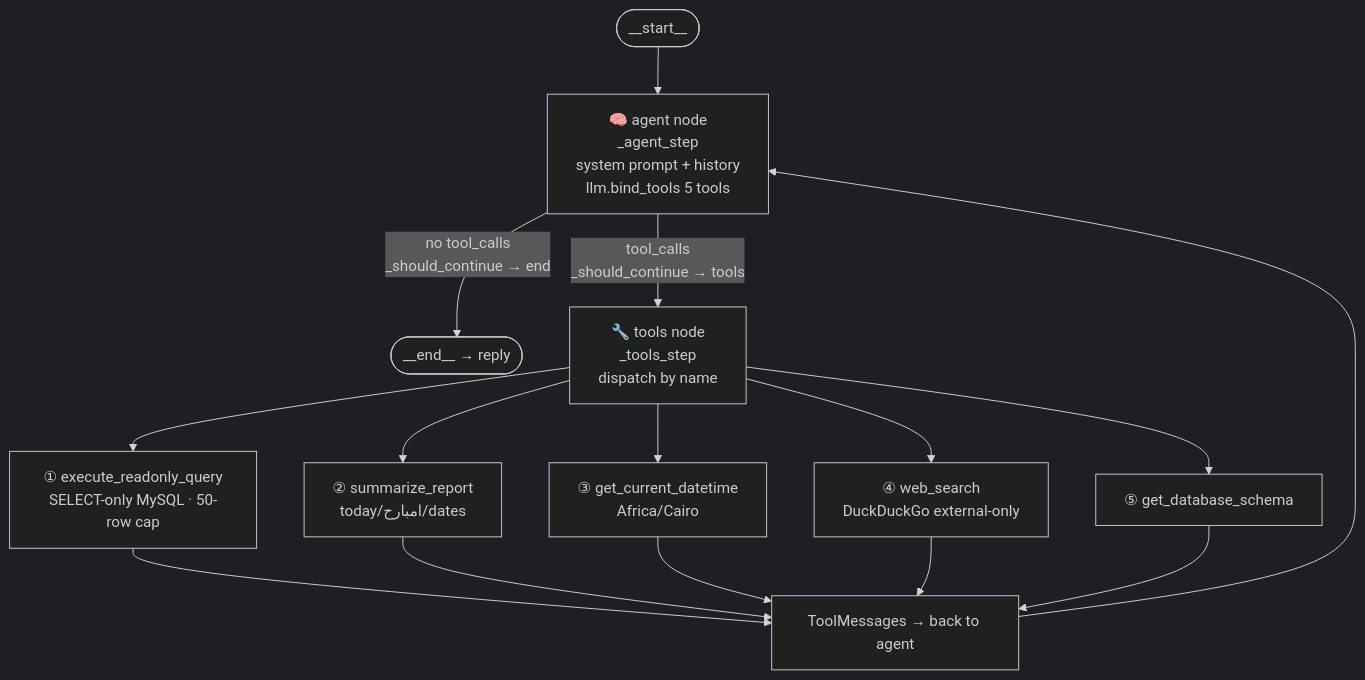
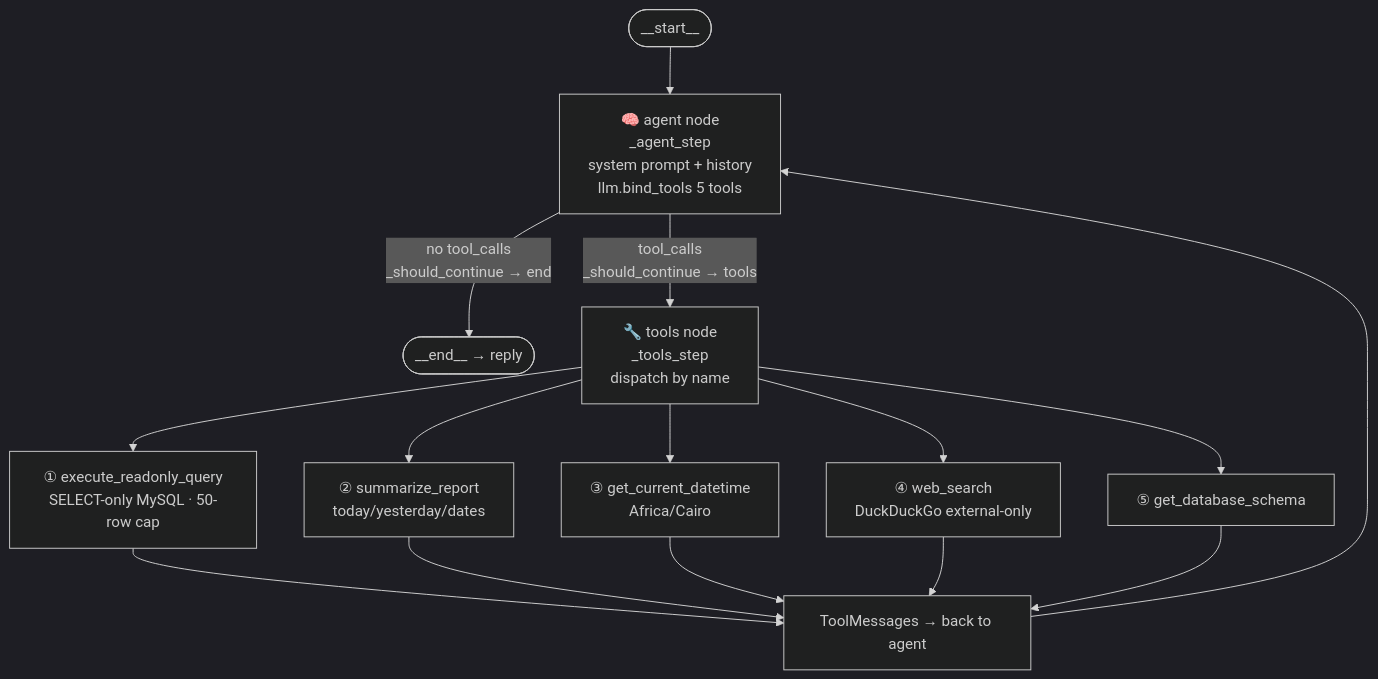
Before and after one commit to SeifMahmoud63/CTO-Copilot: the second of 12 diagrams in README.md, drawn with Mermaid (dark theme). The commit also changed other lines of this file and 13 other files, not shown here.

````diff
--- a/README.md
+++ b/README.md
@@ -263,13 +339,13 @@
 ```mermaid
 flowchart TD
     START([__start__]) --> AGENT["🧠 agent node<br/>_agent_step<br/>system prompt + history<br/>llm.bind_tools 5 tools"]
     AGENT -- "no tool_calls<br/>_should_continue → end" --> FIN([__end__ → reply])
     AGENT -- "tool_calls<br/>_should_continue → tools" --> TOOLS["🔧 tools node<br/>_tools_step<br/>dispatch by name"]
     TOOLS --> Q["① execute_readonly_query<br/>SELECT-only MySQL · 50-row cap"]
-    TOOLS --> R["② summarize_report<br/>today/امبارح/dates"]
+    TOOLS --> R["② summarize_report<br/>today/yesterday/dates"]
     TOOLS --> D["③ get_current_datetime<br/>Africa/Cairo"]
     TOOLS --> W["④ web_search<br/>DuckDuckGo external-only"]
     TOOLS --> S["⑤ get_database_schema"]
     Q & R & D & W & S --> BACK["ToolMessages → back to agent"]
     BACK --> AGENT
 ```
````
